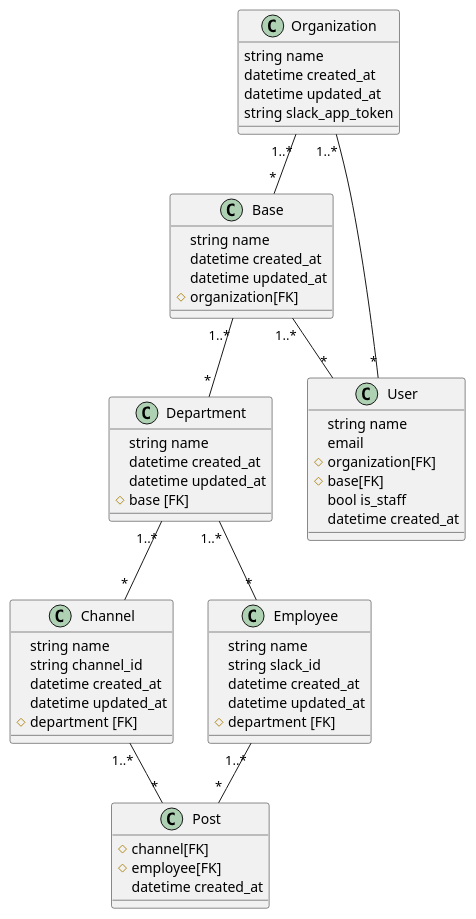
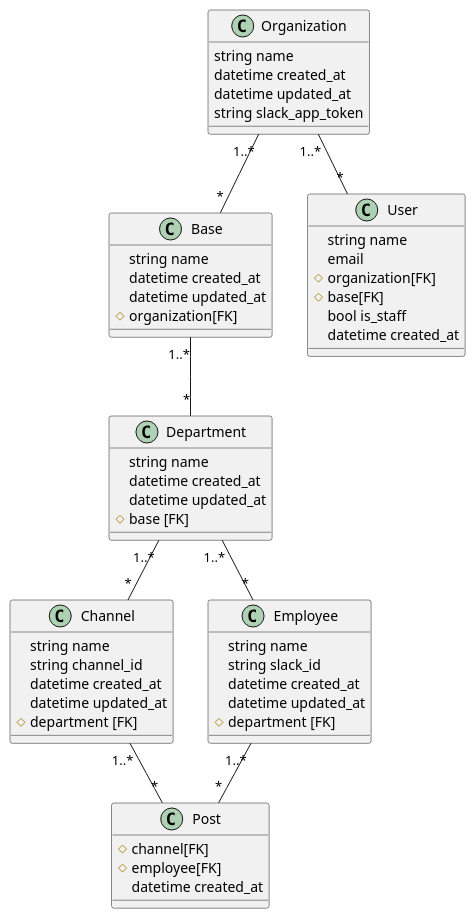
Before and after one commit to k1e1n04/SlackAnalyticsDoc: the diagram in configure/Class.md, drawn with PlantUML.

````diff
--- a/configure/Class.md
+++ b/configure/Class.md
@@ -22,69 +22,68 @@
 ```plantuml
 @startuml
 class Organization {
     string name
     datetime created_at
     datetime updated_at
     string slack_app_token
 }
 
 class Base {
     string name
     datetime created_at
     datetime updated_at
     # organization[FK]
 }
 
 
 class Department {
     string name
     datetime created_at
     datetime updated_at
     # base [FK]
 }
 
 class Channel {
     string name
     string channel_id
     datetime created_at
     datetime updated_at
     # department [FK]
 }
 
 class Employee {
     string name
     string slack_id
     datetime created_at
     datetime updated_at
     # department [FK]
 }
 
 class Post {
     # channel[FK]
     # employee[FK]
     datetime created_at
 }
 
 class User {
     string name
     email
     # organization[FK]
     # base[FK]
     bool is_staff
     datetime created_at
 }
 
 Organization "1..*"--"*" Base
 Base "1..*"--"*" Department
 Department "1..*"--"*" Channel
 Department "1..*"--"*" Employee 
 Channel "1..*"--"*" Post
 Employee "1..*"--"*" Post
 Organization "1..*"--"*" User
-Base "1..*"--"*" User
 
 
 
 
 @enduml
 ```
````
